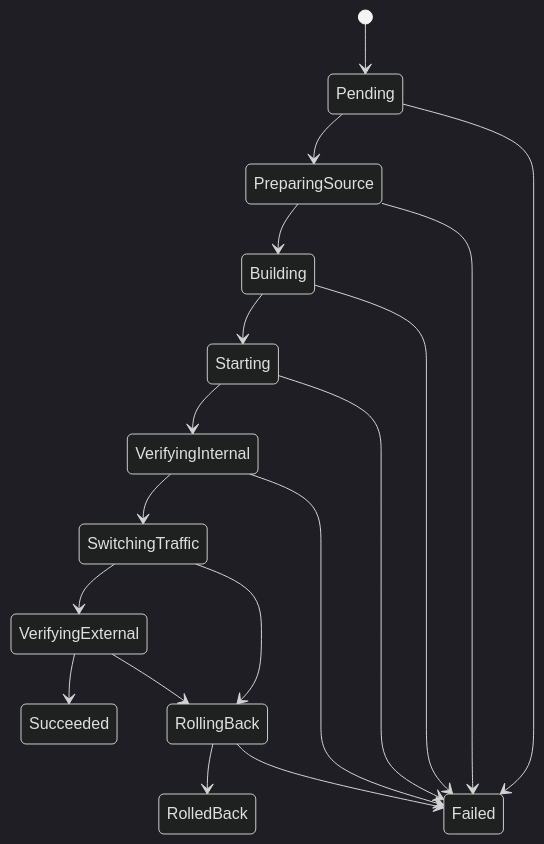
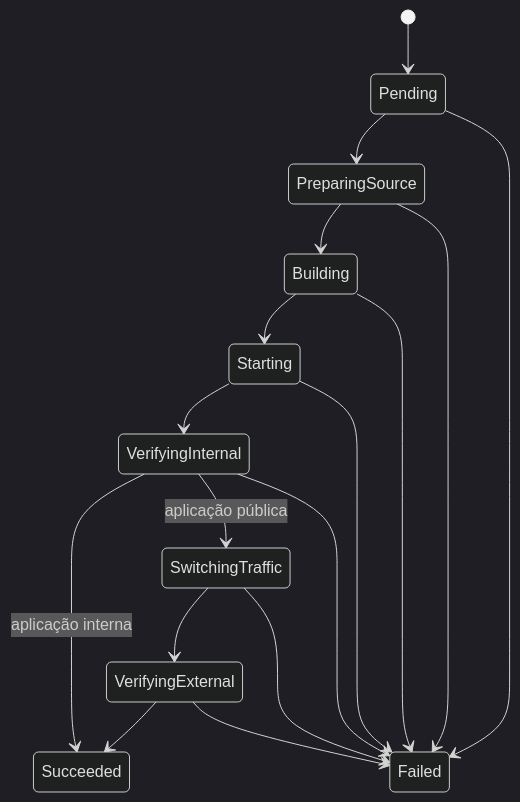
Before and after one commit to vitoraalmeida/pneuma: the diagram in docs/architecture/architecture.md, drawn with Mermaid (dark theme). The commit also changed other lines of this file and 8 other files, not shown here.

````diff
--- a/docs/architecture/architecture.md
+++ b/docs/architecture/architecture.md
@@ -325,22 +86,20 @@
 ```mermaid
 stateDiagram-v2
     [*] --> Pending
     Pending --> PreparingSource
     PreparingSource --> Building
     Building --> Starting
     Starting --> VerifyingInternal
-    VerifyingInternal --> SwitchingTraffic
+    VerifyingInternal --> Succeeded : aplicação interna
+    VerifyingInternal --> SwitchingTraffic : aplicação pública
     SwitchingTraffic --> VerifyingExternal
     VerifyingExternal --> Succeeded
 
     Pending --> Failed
     PreparingSource --> Failed
     Building --> Failed
     Starting --> Failed
     VerifyingInternal --> Failed
-
-    SwitchingTraffic --> RollingBack
-    VerifyingExternal --> RollingBack
-    RollingBack --> RolledBack
-    RollingBack --> Failed
+    SwitchingTraffic --> Failed
+    VerifyingExternal --> Failed
 ```
````
